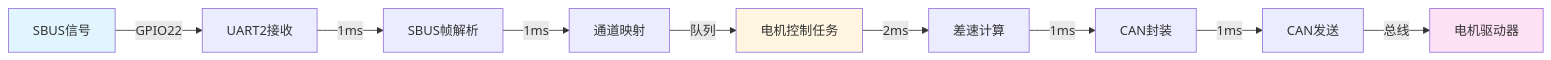
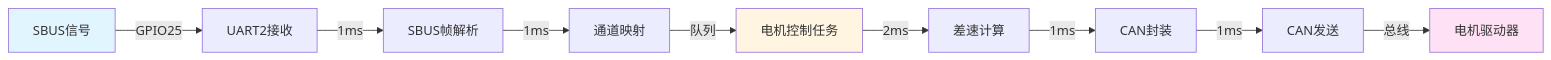
Before and after one commit to dachuanwud/esp32controlboard: the second of 2 diagrams in docs/04-协议文档/数据流分析.md, drawn with Mermaid. The commit also changed other lines of this file and 9 other files, not shown here.

````diff
--- a/docs/04-协议文档/数据流分析.md
+++ b/docs/04-协议文档/数据流分析.md
@@ -347,15 +347,15 @@
 ```mermaid
 graph LR
-    A[SBUS信号] -->|GPIO22| B[UART2接收]
+    A[SBUS信号] -->|GPIO25| B[UART2接收]
     B -->|1ms| C[SBUS帧解析]
     C -->|1ms| D[通道映射]
     D -->|队列| E[电机控制任务]
     E -->|2ms| F[差速计算]
     F -->|1ms| G[CAN封装]
     G -->|1ms| H[CAN发送]
     H -->|总线| I[电机驱动器]
 
     style A fill:#e1f5ff
     style I fill:#ffe1f5
     style E fill:#fff5e1
 ```
````
